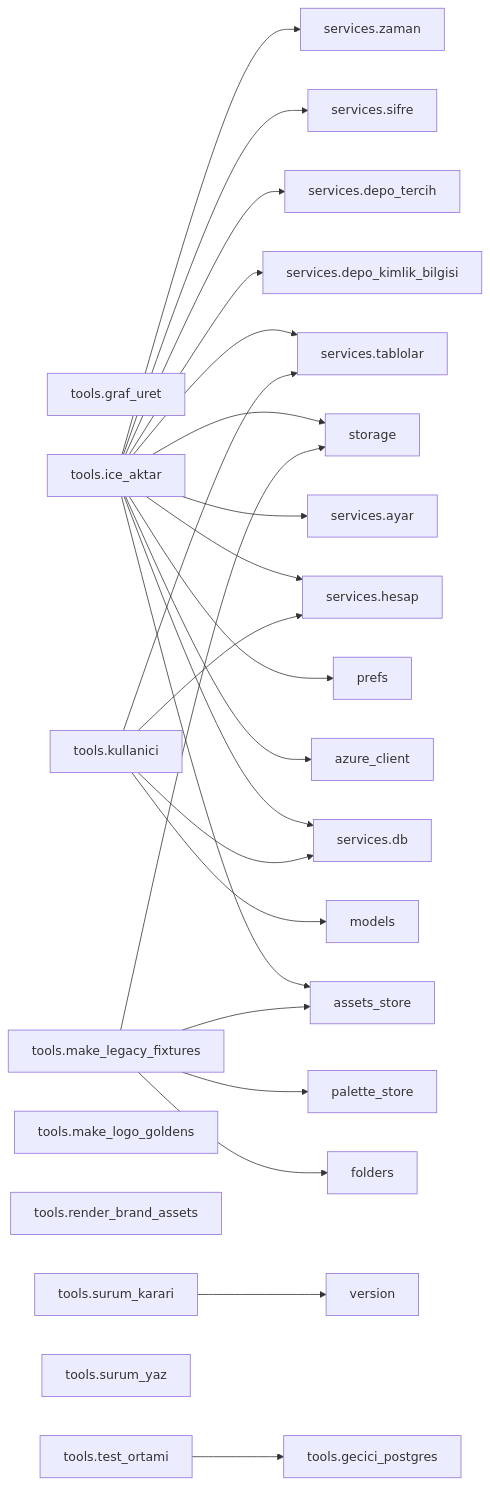
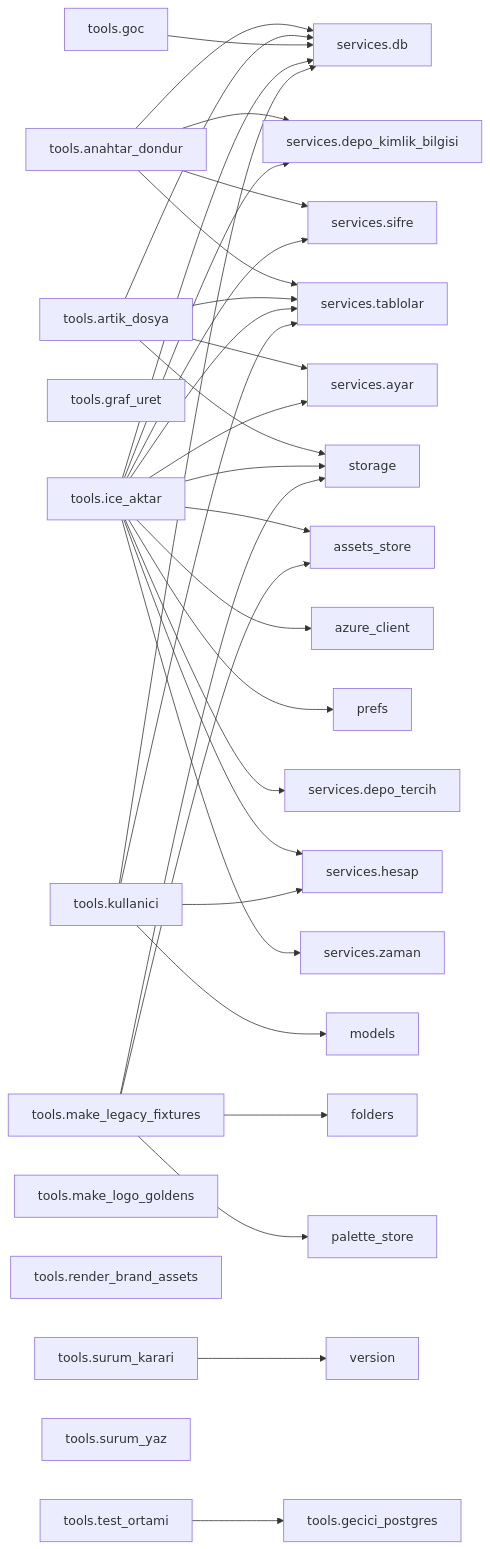
The second of 2 diagrams in docs/graflar/moduller.md (Zenginby/kromis), drawn with Mermaid before and after one commit. The commit also changed other lines of this file and 30 other files, not shown here.

````diff
--- a/docs/graflar/moduller.md
+++ b/docs/graflar/moduller.md
@@ -543,35 +544,47 @@
 ```mermaid
 flowchart LR
+  n_tools_anahtar_dondur["tools.anahtar_dondur"]
+  n_tools_anahtar_dondur --> n_services_db["services.db"]
+  n_tools_anahtar_dondur --> n_services_depo_kimlik_bilgisi["services.depo_kimlik_bilgisi"]
+  n_tools_anahtar_dondur --> n_services_sifre["services.sifre"]
+  n_tools_anahtar_dondur --> n_services_tablolar["services.tablolar"]
+  n_tools_artik_dosya["tools.artik_dosya"]
+  n_tools_artik_dosya --> n_services_ayar["services.ayar"]
+  n_tools_artik_dosya --> n_services_db["services.db"]
+  n_tools_artik_dosya --> n_services_tablolar["services.tablolar"]
+  n_tools_artik_dosya --> n_storage["storage"]
   n_tools_gecici_postgres["tools.gecici_postgres"]
+  n_tools_goc["tools.goc"]
+  n_tools_goc --> n_services_db["services.db"]
   n_tools_graf_uret["tools.graf_uret"]
   n_tools_ice_aktar["tools.ice_aktar"]
   n_tools_ice_aktar --> n_assets_store["assets_store"]
   n_tools_ice_aktar --> n_azure_client["azure_client"]
   n_tools_ice_aktar --> n_prefs["prefs"]
   n_tools_ice_aktar --> n_services_ayar["services.ayar"]
   n_tools_ice_aktar --> n_services_db["services.db"]
   n_tools_ice_aktar --> n_services_depo_kimlik_bilgisi["services.depo_kimlik_bilgisi"]
   n_tools_ice_aktar --> n_services_depo_tercih["services.depo_tercih"]
   n_tools_ice_aktar --> n_services_hesap["services.hesap"]
   n_tools_ice_aktar --> n_services_sifre["services.sifre"]
   n_tools_ice_aktar --> n_services_tablolar["services.tablolar"]
   n_tools_ice_aktar --> n_services_zaman["services.zaman"]
   n_tools_ice_aktar --> n_storage["storage"]
   n_tools_kullanici["tools.kullanici"]
   n_tools_kullanici --> n_models["models"]
   n_tools_kullanici --> n_services_db["services.db"]
   n_tools_kullanici --> n_services_hesap["services.hesap"]
   n_tools_kullanici --> n_services_tablolar["services.tablolar"]
   n_tools_make_legacy_fixtures["tools.make_legacy_fixtures"]
   n_tools_make_legacy_fixtures --> n_assets_store["assets_store"]
   n_tools_make_legacy_fixtures --> n_folders["folders"]
   n_tools_make_legacy_fixtures --> n_palette_store["palette_store"]
   n_tools_make_legacy_fixtures --> n_storage["storage"]
   n_tools_make_logo_goldens["tools.make_logo_goldens"]
   n_tools_render_brand_assets["tools.render_brand_assets"]
   n_tools_surum_karari["tools.surum_karari"]
   n_tools_surum_karari --> n_version["version"]
   n_tools_surum_yaz["tools.surum_yaz"]
   n_tools_test_ortami["tools.test_ortami"]
   n_tools_test_ortami --> n_tools_gecici_postgres["tools.gecici_postgres"]
 ```
````
